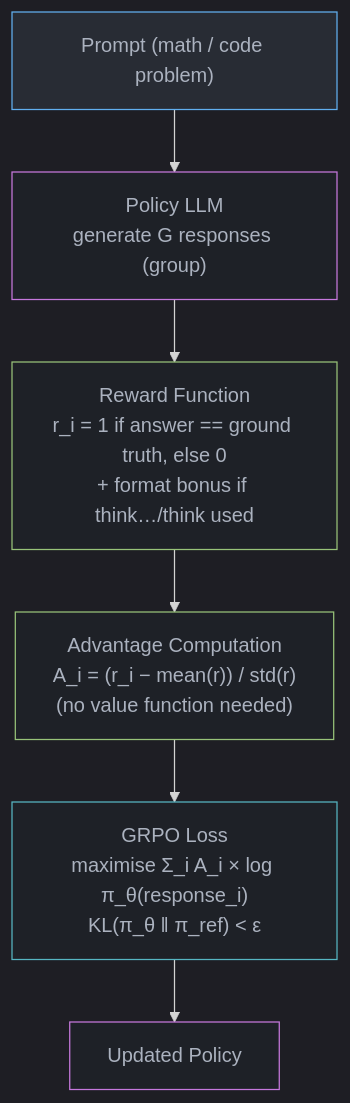
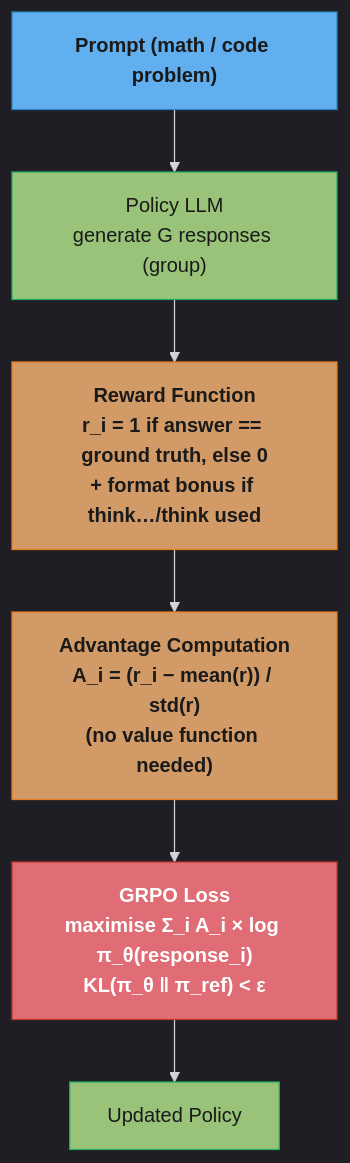
The diagram in src/main/java/com/rutik/systemdesign/llm/reasoning_models/README.md (rppol/system-design), drawn with Mermaid before and after one commit. The commit also changed 88 other files, not shown here.

````diff
--- a/src/main/java/com/rutik/systemdesign/llm/reasoning_models/README.md
+++ b/src/main/java/com/rutik/systemdesign/llm/reasoning_models/README.md
@@ -313,23 +313,25 @@
 ```mermaid
 %%{init: {'flowchart': {'curve': 'basis'}, 'theme': 'dark'}}%%
 flowchart TD
-    classDef io    fill:#282c34,stroke:#61afef,color:#abb2bf
-    classDef proc  fill:#1e2127,stroke:#98c379,color:#abb2bf
-    classDef llm   fill:#1e2127,stroke:#c678dd,color:#abb2bf
-    classDef store fill:#1e2127,stroke:#56b6c2,color:#abb2bf
+    classDef io      fill:#61afef,stroke:#2e86c1,color:#1a1a1a,font-weight:bold
+    classDef frozen  fill:#c678dd,stroke:#9b59b6,color:#fff
+    classDef train   fill:#98c379,stroke:#27ae60,color:#1a1a1a
+    classDef mathOp  fill:#d19a66,stroke:#e67e22,color:#1a1a1a,font-weight:bold
+    classDef lossN   fill:#e06c75,stroke:#c0392b,color:#fff,font-weight:bold
+    classDef req     fill:#56b6c2,stroke:#0097a7,color:#1a1a1a
+    classDef base    fill:#e5c07b,stroke:#f39c12,color:#1a1a1a
 
     PROMPT["Prompt (math / code problem)"]
     GEN["Policy LLM\ngenerate G responses (group)"]
     REW["Reward Function\nr_i = 1 if answer == ground truth, else 0\n+ format bonus if think…/think used"]
     ADV["Advantage Computation\nA_i = (r_i − mean(r)) / std(r)\n(no value function needed)"]
     LOSS["GRPO Loss\nmaximise Σ_i A_i × log π_θ(response_i)\nKL(π_θ ‖ π_ref) < ε"]
     UPD["Updated Policy"]
 
     PROMPT --> GEN --> REW --> ADV --> LOSS --> UPD
 
     class PROMPT io
-    class GEN llm
-    class REW,ADV proc
-    class LOSS store
-    class UPD llm
+    class GEN,UPD train
+    class REW,ADV mathOp
+    class LOSS lossN
 ```
````
